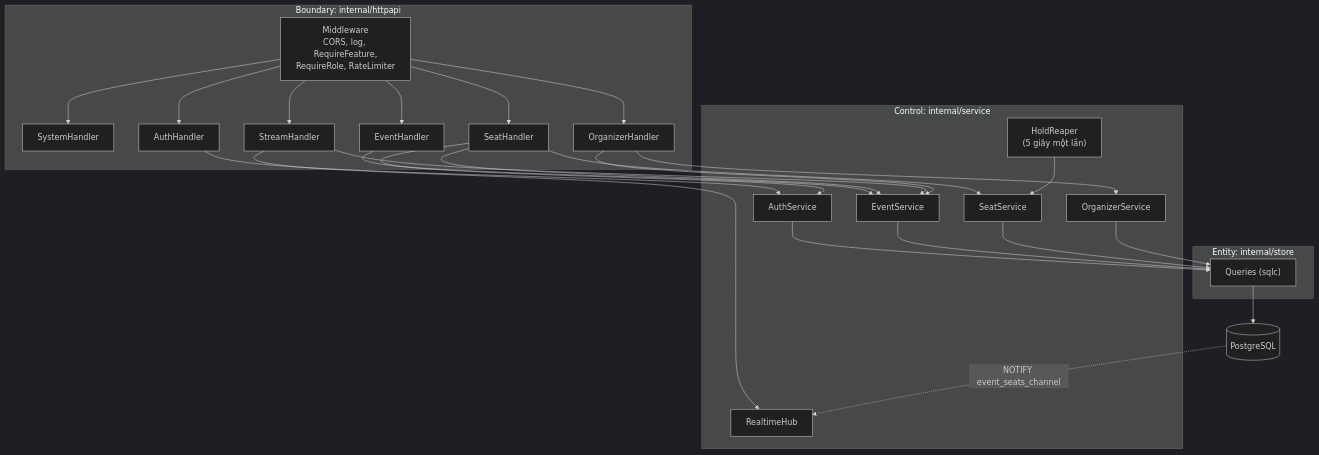
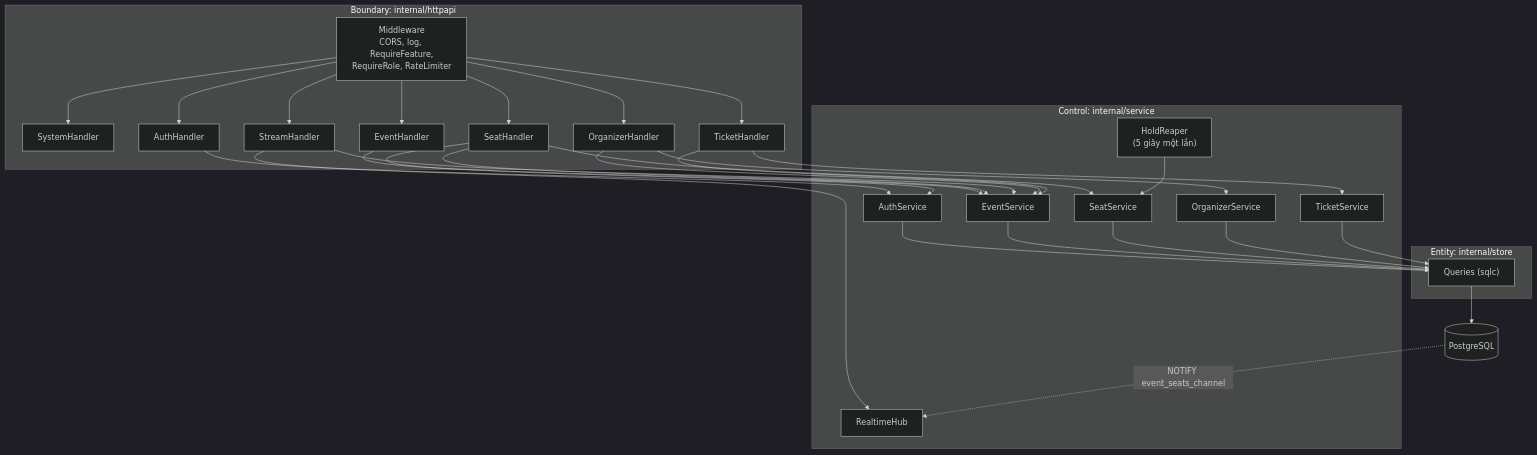
Before and after one commit to nhansp/COSH301: the second of 3 diagrams in docs/architecture.md, drawn with Mermaid (dark theme). The commit also changed other lines of this file and 5 other files, not shown here.

````diff
--- a/docs/architecture.md
+++ b/docs/architecture.md
@@ -80,39 +80,42 @@
 ```mermaid
 flowchart TB
     subgraph Boundary["Boundary: internal/httpapi"]
         MW["Middleware<br/>CORS, log, RequireFeature,<br/>RequireRole, RateLimiter"]
         SysH["SystemHandler"]
         AuthH["AuthHandler"]
         EvH["EventHandler"]
         SeatH["SeatHandler"]
         StrH["StreamHandler"]
         OrgH["OrganizerHandler"]
+        TktH["TicketHandler"]
     end
 
     subgraph Control["Control: internal/service"]
         AuthS["AuthService"]
         EvS["EventService"]
         SeatS["SeatService"]
         OrgS["OrganizerService"]
+        TktS["TicketService"]
         Hub["RealtimeHub"]
         Reaper["HoldReaper<br/>(5 giây một lần)"]
     end
 
     subgraph Entity["Entity: internal/store"]
         Q["Queries (sqlc)"]
     end
 
     PG[("PostgreSQL")]
 
-    MW --> SysH & AuthH & EvH & SeatH & StrH & OrgH
+    MW --> SysH & AuthH & EvH & SeatH & StrH & OrgH & TktH
     AuthH --> AuthS
     EvH --> EvS
     SeatH --> SeatS & AuthS & EvS
     StrH --> Hub & EvS
     OrgH --> OrgS & EvS
+    TktH --> TktS & EvS
     Reaper --> SeatS
 
-    AuthS & EvS & SeatS & OrgS --> Q
+    AuthS & EvS & SeatS & OrgS & TktS --> Q
     Q --> PG
     PG -. "NOTIFY event_seats_channel" .-> Hub
 ```
````
